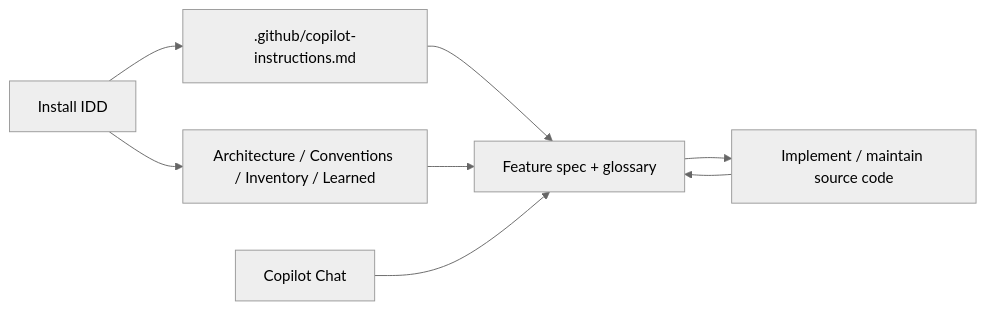
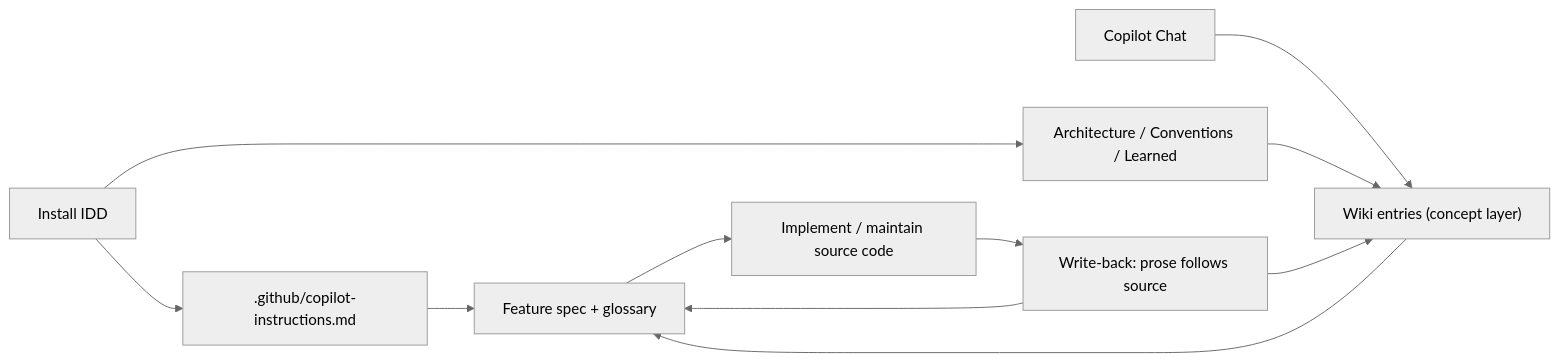
Before and after one commit to dan1hc/idd: the diagram in README.md, drawn with Mermaid (neutral theme). The commit also changed other lines of this file and 32 other files, not shown here.

Commit message:
feat!: integrate llm wiki as domain layer and more

````diff
--- a/README.md
+++ b/README.md
@@ -52,10 +57,13 @@
 ```mermaid
 flowchart LR
     install["Install IDD"] --> contract[".github/copilot-instructions.md"]
-    install --> context["Architecture / Conventions / Inventory / Learned"]
-    contract --> feature["Feature spec + glossary"]
-    context --> feature
-    chat["Copilot Chat"] --> feature
+    install --> context["Architecture / Conventions / Learned"]
+    chat["Copilot Chat"] --> wiki["Wiki entries (concept layer)"]
+    context --> wiki
+    wiki --> feature["Feature spec + glossary"]
+    contract --> feature
     feature --> code["Implement / maintain source code"]
-    code --> feature
+    code --> writeback["Write-back: prose follows source"]
+    writeback --> wiki
+    writeback --> feature
 ```
````
